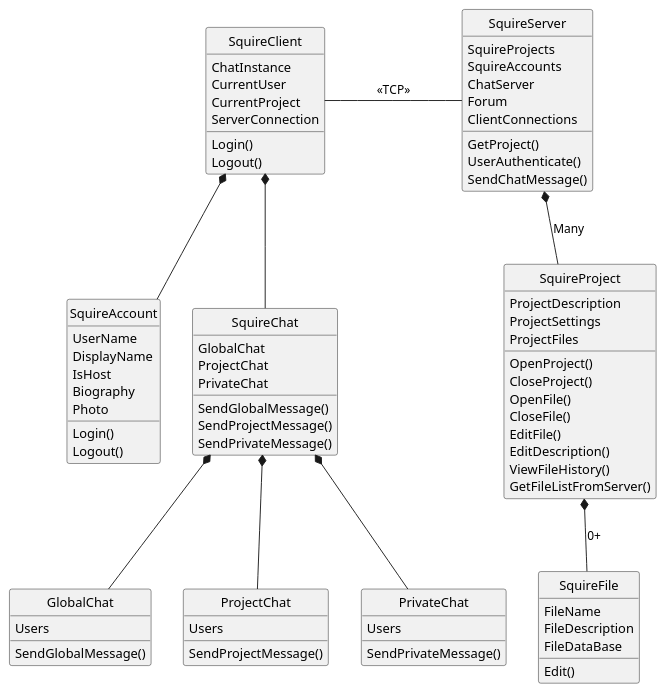
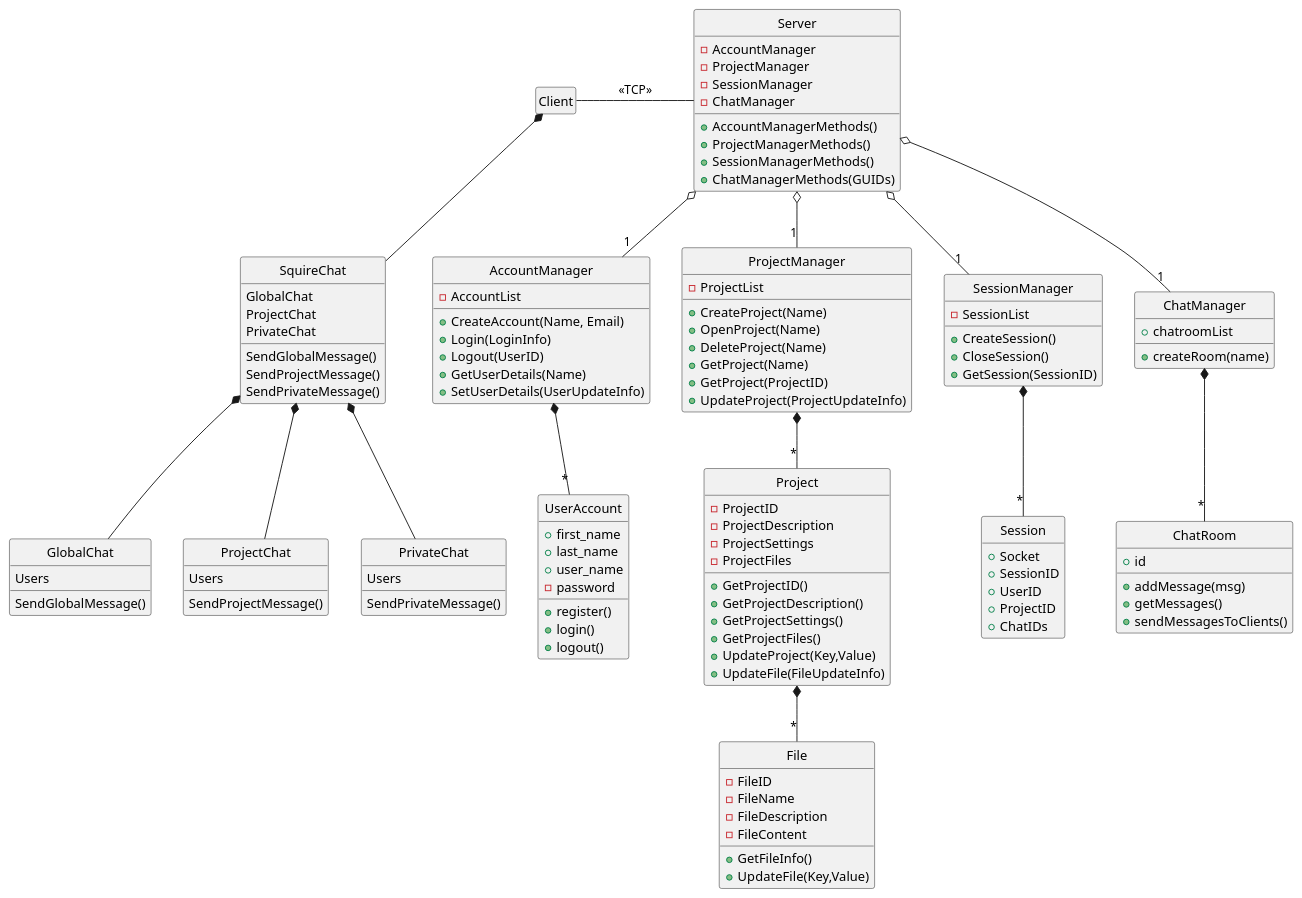
One commit to voxelv/sQuire_kw changed the diagram in hw3/class_diagram_detail.pu. Above: the diagram before and after it, drawn with PlantUML. The commit also changed 39 other files, not shown here.

First line of the commit message:
added server directory, updated diagrams after looking at Grant's

```diff
--- a/hw3/class_diagram_detail.pu
+++ b/hw3/class_diagram_detail.pu
@@ -1,94 +1,128 @@
 @startuml
 hide circle
+hide empty members
 
-class "SquireClient" as sq {
-	ChatInstance
-	CurrentUser
-	CurrentProject
-	ServerConnection
+class "Client" as sq 
+	class "SquireChat" as sq_ch {
+		GlobalChat
+		ProjectChat
+		PrivateChat
+		SendGlobalMessage()
+		SendProjectMessage()
+		SendPrivateMessage()
+		}
+	class "GlobalChat" as sq_ch_glob {
+		Users
+	
+		SendGlobalMessage()
+		}
+	class "ProjectChat" as sq_ch_proj {
+		Users
+		SendProjectMessage()
+		}
+	class "PrivateChat" as sq_ch_priv {
+		Users
+		SendPrivateMessage()
+		}
 
-	Login()
-	Logout()
+
+class "Server" as sqs{
+	-AccountManager
+	-ProjectManager
+	-SessionManager
+	-ChatManager
+	+AccountManagerMethods()
+	+ProjectManagerMethods()
+	+SessionManagerMethods()
+	+ChatManagerMethods(GUIDs)
 	}
+	class "AccountManager" as sqs_ua_m{
+		-AccountList
+		+CreateAccount(Name, Email)
+		+Login(LoginInfo)
+		+Logout(UserID)
+		+GetUserDetails(Name)
+		+SetUserDetails(UserUpdateInfo)
+		}
+		class "UserAccount" as sqs_ua {
+			+first_name
+			+last_name
+			+user_name
+			-password
+			+register()
+			+login()
+			+logout()
+			}
+	class "ProjectManager" as sqs_pr_m{
+		-ProjectList
+		+CreateProject(Name)
+		+OpenProject(Name)
+		+DeleteProject(Name)
+		+GetProject(Name)
+		+GetProject(ProjectID)
+		+UpdateProject(ProjectUpdateInfo)
+		}
+		class "Project" as sqs_pr{
+			-ProjectID
+			-ProjectDescription
+			-ProjectSettings
+			-ProjectFiles
+			+GetProjectID()
+			+GetProjectDescription()
+			+GetProjectSettings()
+			+GetProjectFiles()
+			+UpdateProject(Key,Value)
+			+UpdateFile(FileUpdateInfo)
+			}
+			class "File" as sqs_fi{
+				-FileID
+				-FileName
+				-FileDescription
+				-FileContent
+				+GetFileInfo()
+				+UpdateFile(Key,Value)
+				}
+	class "SessionManager" as sqs_se_m{
+		-SessionList
+		+CreateSession()
+		+CloseSession()
+		+GetSession(SessionID)
+		}
+		class "Session" as sqs_se{
+			+Socket
+			+SessionID
+			+UserID
+			+ProjectID
+			+ChatIDs
+			}
+	class "ChatManager" as sqs_ch_m{
+		+chatroomList
+		+createRoom(name)
+		}
+		class "ChatRoom" as sqs_ch {
+			+id
+			+addMessage(msg)
+			+getMessages()
+			+sendMessagesToClients()
+			}
 
-class "SquireAccount" as ua {
-	UserName
-	DisplayName
-	IsHost
-	Biography
-	Photo
-	
-	Login()
-	Logout()
-	}
 
-class "SquireChat" as sqc {
-	GlobalChat
-	ProjectChat
-	PrivateChat
-	
-	SendGlobalMessage()
-	SendProjectMessage()
-	SendPrivateMessage()
-	}
+sq -right- sqs : <<TCP>>
 
-class "SquireServer" as sqs{
-	SquireProjects
-	SquireAccounts
-	ChatServer
-	Forum
-	ClientConnections
-	
-	GetProject()
-	UserAuthenticate()
-	SendChatMessage()
-	}
+	sqs o-- "1" sqs_pr_m 
+		sqs_pr_m *-- "*" sqs_pr 
+			sqs_pr *-- "*" sqs_fi 
+	sqs o-- "1" sqs_ua_m 
+		sqs_ua_m *-- "*" sqs_ua  
+	sqs o-- "1" sqs_ch_m 
+		sqs_ch_m *-- "*" sqs_ch 
+	sqs o-- "1" sqs_se_m 
+		sqs_se_m *-- "*" sqs_se
 
-class "SquireProject" as sqp {
-	ProjectDescription
-	ProjectSettings
-	ProjectFiles
-	
-	OpenProject()
-	CloseProject()
-	OpenFile()
-	CloseFile()
-	EditFile()
-	EditDescription()
-	ViewFileHistory()
-	GetFileListFromServer()
-	}
-class "SquireFile" as sqf {
-	FileName
-	FileDescription
-	FileDataBase
-	
-	Edit()
-	}
-class "GlobalChat" as gchat {
-	Users
-	
-	SendGlobalMessage()
-	}
-class "ProjectChat" as pchat {
-	Users
-
-	SendProjectMessage()
-	}
-class "PrivateChat" as fchat {
-	Users
-
-	SendPrivateMessage()
-	}
-
-sqs *-- sqp : Many
-sqp *-- sqf  : 0+
-sq *-- ua  
-sq -right- sqs : <<TCP>>
-sq *-- sqc 
-sqc *-- gchat 
-sqc *-- pchat 
-sqc *-- fchat 
+sq *-down- sq_ch 
+sq_ch *-- sq_ch_glob
+sq_ch *-- sq_ch_proj
+sq_ch *-- sq_ch_priv
 
 
 @enduml
```
